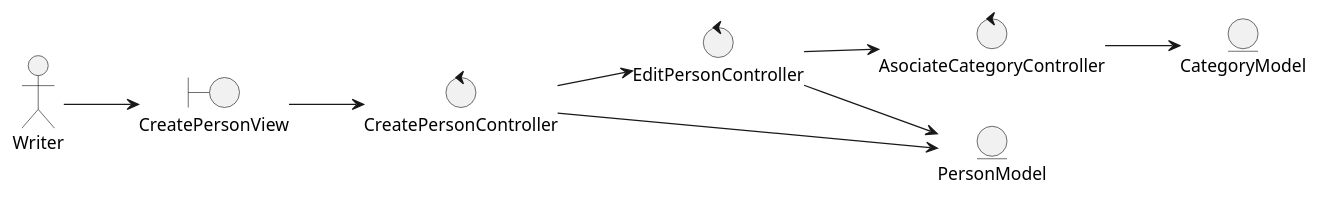
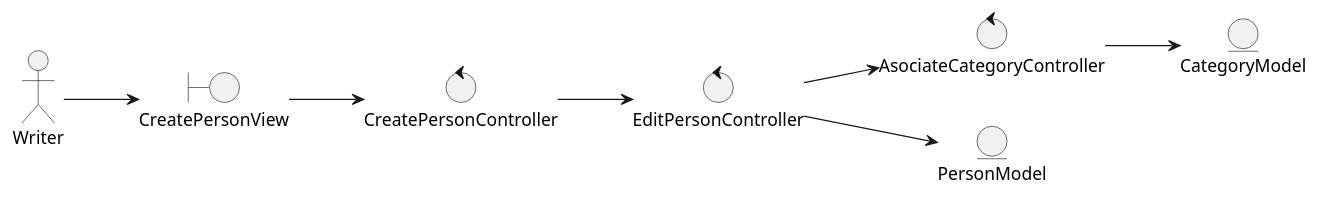
Before and after one commit to nataliacasanova/analesdelaciencia: diagram 12 of 33 in index.adoc, drawn with PlantUML. The commit also changed other lines of this file and 49 other files, not shown here.

Commit message:
diagramas

```diff
--- a/index.adoc
+++ b/index.adoc
@@ -844,20 +876,19 @@
 [plantuml, createPersonAnalisis, svg]
 ....
 left to right direction
 
 actor Writer
 boundary CreatePersonView
 control CreatePersonController
 control EditPersonController
 control AsociateCategoryController
 entity PersonModel
 entity CategoryModel
 
 Writer --> CreatePersonView
 CreatePersonView --> CreatePersonController
 CreatePersonController --> EditPersonController
 EditPersonController --> AsociateCategoryController
 EditPersonController --> PersonModel
-CreatePersonController --> PersonModel
 AsociateCategoryController --> CategoryModel
 ....
```
